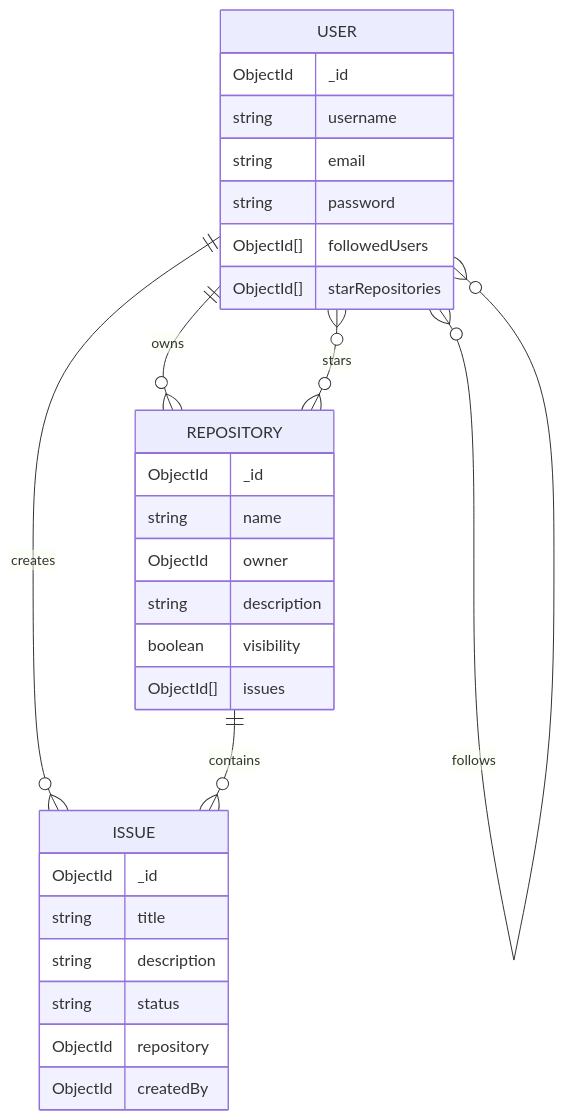
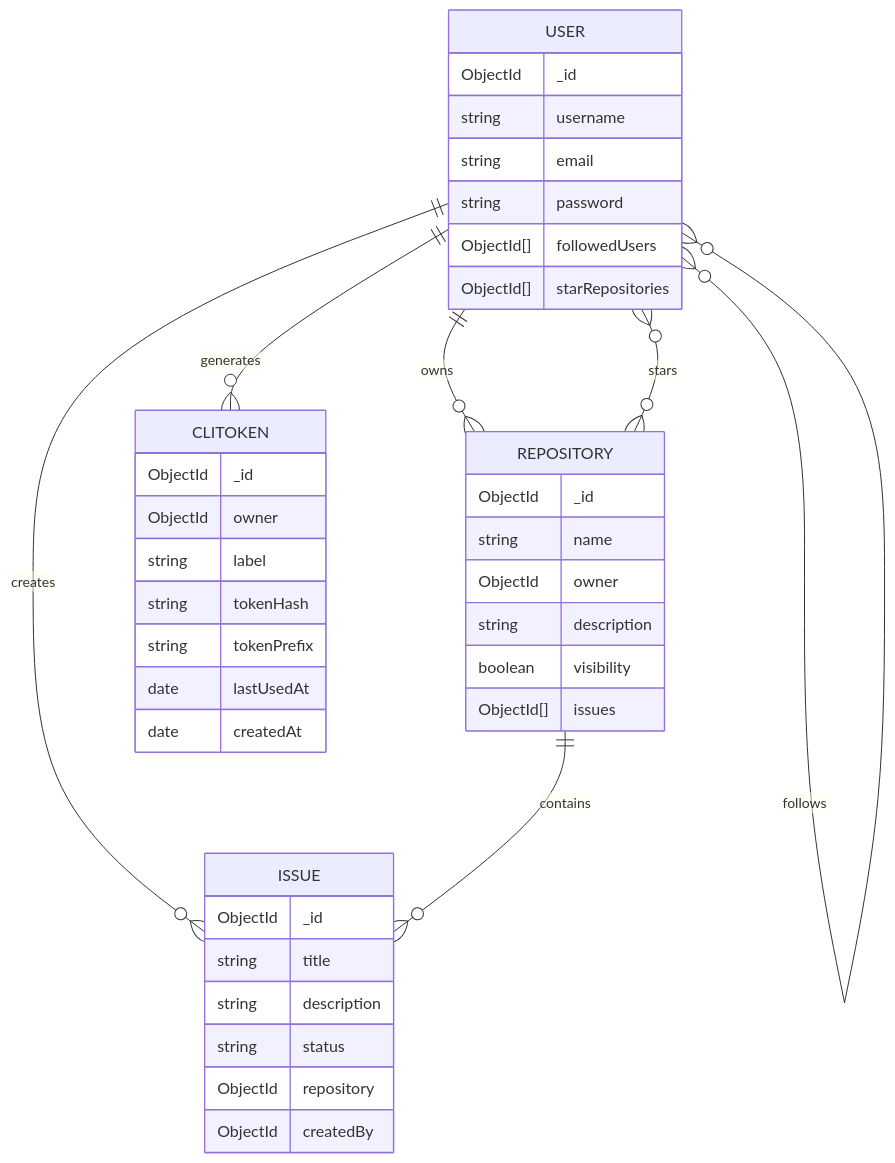
The fifth of 9 diagrams in README.md (prash08484/GitGarden), drawn with Mermaid before and after one commit. The commit also changed other lines of this file, not shown here.

````diff
--- a/README.md
+++ b/README.md
@@ -248,35 +294,46 @@
 ```mermaid
 erDiagram
     USER ||--o{ REPOSITORY : owns
     USER ||--o{ ISSUE : creates
+    USER ||--o{ CLITOKEN : generates
     REPOSITORY ||--o{ ISSUE : contains
     USER }o--o{ USER : follows
     USER }o--o{ REPOSITORY : stars
 
     USER {
         ObjectId _id
         string username
         string email
         string password
         ObjectId[] followedUsers
         ObjectId[] starRepositories
     }
 
     REPOSITORY {
         ObjectId _id
         string name
         ObjectId owner
         string description
         boolean visibility
         ObjectId[] issues
     }
 
     ISSUE {
         ObjectId _id
         string title
         string description
         string status
         ObjectId repository
         ObjectId createdBy
     }
+
+    CLITOKEN {
+        ObjectId _id
+        ObjectId owner
+        string label
+        string tokenHash
+        string tokenPrefix
+        date lastUsedAt
+        date createdAt
+    }
 ```
````
